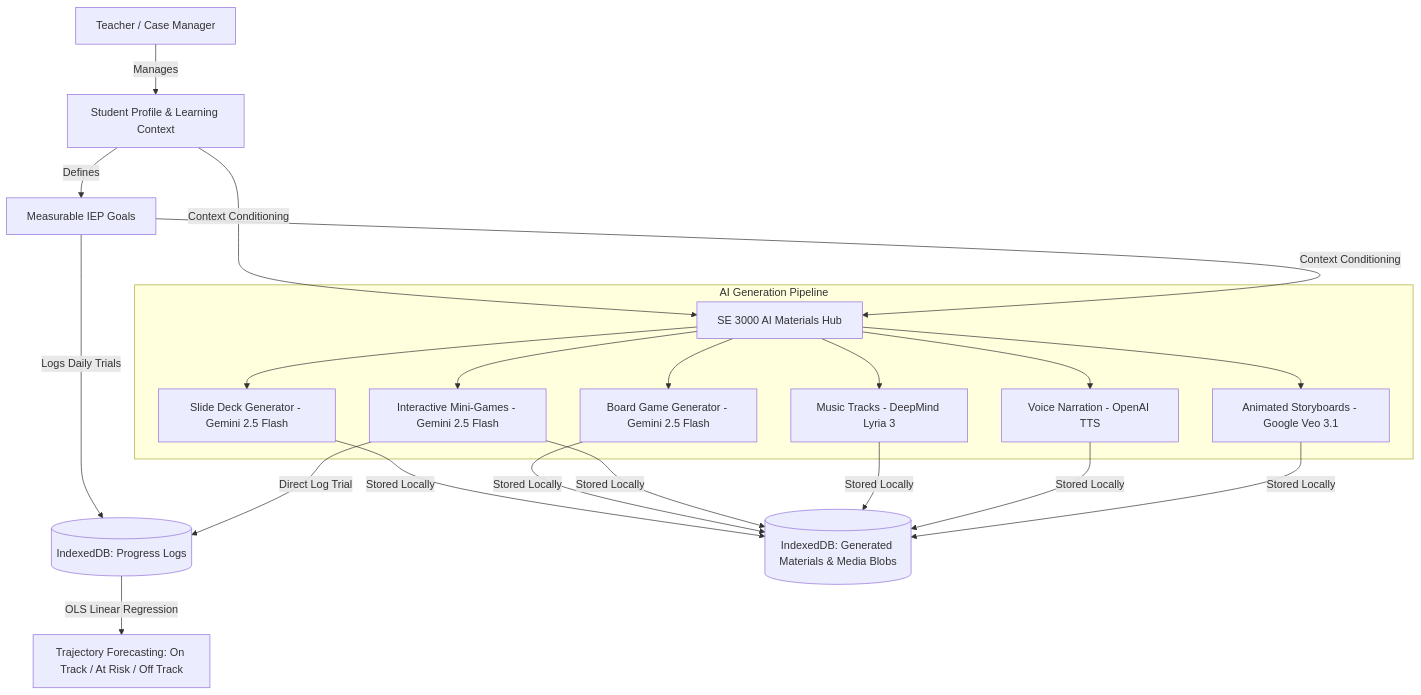
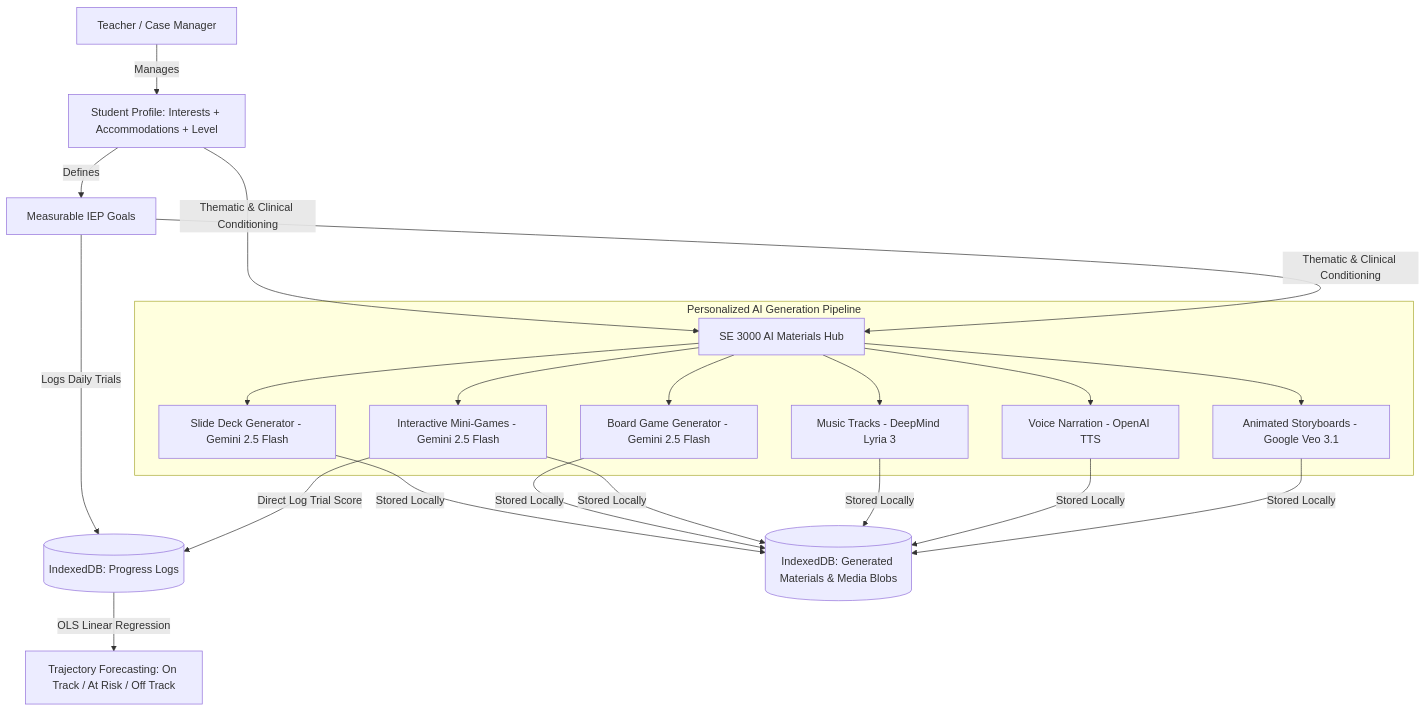
One commit to yijiang1/SE3000 changed the diagram in README.md. Above: the diagram before and after it, drawn with Mermaid. The commit also changed other lines of this file, not shown here.

Commit message:
docs: highlight hyper-personalized student interest & learning need features in README

````diff
--- a/README.md
+++ b/README.md
@@ -33,21 +69,21 @@
 ```mermaid
 graph TD
-    A[Teacher / Case Manager] -->|Manages| B[Student Profile & Learning Context]
+    A[Teacher / Case Manager] -->|Manages| B[Student Profile: Interests + Accommodations + Level]
     B -->|Defines| C[Measurable IEP Goals]
     C -->|Logs Daily Trials| D[(IndexedDB: Progress Logs)]
     D -->|OLS Linear Regression| E[Trajectory Forecasting: On Track / At Risk / Off Track]
     
-    B & C -->|Context Conditioning| F[SE 3000 AI Materials Hub]
+    B & C -->|Thematic & Clinical Conditioning| F[SE 3000 AI Materials Hub]
     
-    subgraph "AI Generation Pipeline"
+    subgraph "Personalized AI Generation Pipeline"
         F --> G[Slide Deck Generator - Gemini 2.5 Flash]
         F --> H[Board Game Generator - Gemini 2.5 Flash]
         F --> I[Interactive Mini-Games - Gemini 2.5 Flash]
         F --> J[Music Tracks - DeepMind Lyria 3]
         F --> K[Voice Narration - OpenAI TTS]
         F --> L[Animated Storyboards - Google Veo 3.1]
     end
     
     G & H & I & J & K & L -->|Stored Locally| M[(IndexedDB: Generated Materials & Media Blobs)]
-    I -->|Direct Log Trial| D
+    I -->|Direct Log Trial Score| D
 ```
````
